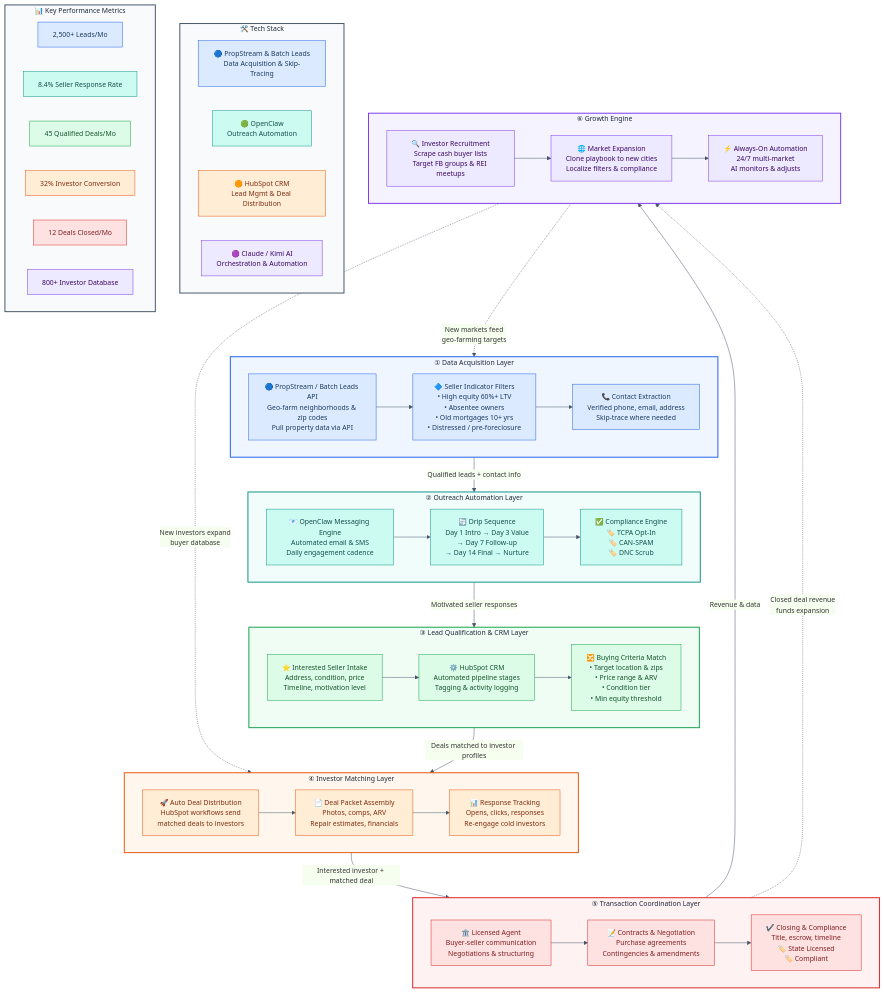
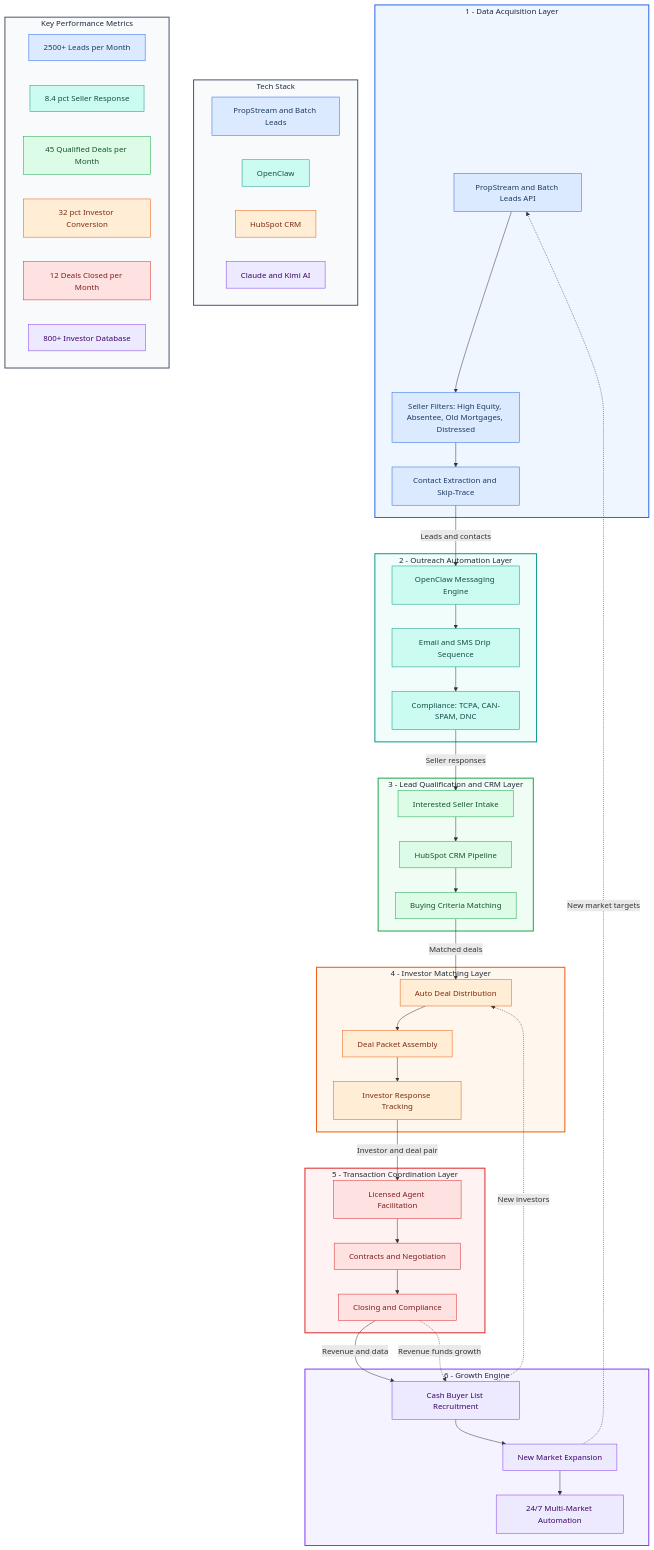
Before and after one commit to owencrabbe/anthropic-claude-code: the diagram in real-estate-automation-diagram.mmd, drawn with Mermaid.

Commit message:
Fix Mermaid diagram for Miro compatibility
Strip all Miro-incompatible syntax: emojis, unicode symbols, \n
newlines in labels, %%{init}%% theme config, direction LR in
subgraphs, and special characters. Labels are now plain text,
single-line, with style directives preserved for color-coding.

https://claude.ai/code/session_01KxKMureyEuBHvto1gvderK

```diff
--- a/real-estate-automation-diagram.mmd
+++ b/real-estate-automation-diagram.mmd
@@ -1,161 +1,107 @@
-%%{init: {'theme': 'base', 'themeVariables': {
-  'primaryColor': '#eff6ff',
-  'primaryBorderColor': '#2563eb',
-  'lineColor': '#475569',
-  'textColor': '#1e293b',
-  'fontSize': '14px'
-}}}%%
-
 graph TD
 
-%% ══════════════════════════════════════════
-%% LAYER 1 — DATA ACQUISITION
-%% ══════════════════════════════════════════
-subgraph L1["① Data Acquisition Layer"]
-  direction LR
-  A1["🔵 PropStream / Batch Leads API\nGeo-farm neighborhoods & zip codes\nPull property data via API"]
-  A2["🔷 Seller Indicator Filters\n• High equity 60%+ LTV\n• Absentee owners\n• Old mortgages 10+ yrs\n• Distressed / pre-foreclosure"]
-  A3["📞 Contact Extraction\nVerified phone, email, address\nSkip-trace where needed"]
+subgraph L1["1 - Data Acquisition Layer"]
+  A1["PropStream and Batch Leads API"]
+  A2["Seller Filters: High Equity, Absentee, Old Mortgages, Distressed"]
+  A3["Contact Extraction and Skip-Trace"]
   A1 --> A2 --> A3
 end
 
-%% ══════════════════════════════════════════
-%% LAYER 2 — OUTREACH AUTOMATION
-%% ══════════════════════════════════════════
-subgraph L2["② Outreach Automation Layer"]
-  direction LR
-  B1["📧 OpenClaw Messaging Engine\nAutomated email & SMS\nDaily engagement cadence"]
-  B2["🔄 Drip Sequence\nDay 1 Intro → Day 3 Value\n→ Day 7 Follow-up\n→ Day 14 Final → Nurture"]
-  B3["✅ Compliance Engine\n🏷️ TCPA Opt-In\n🏷️ CAN-SPAM\n🏷️ DNC Scrub"]
+subgraph L2["2 - Outreach Automation Layer"]
+  B1["OpenClaw Messaging Engine"]
+  B2["Email and SMS Drip Sequence"]
+  B3["Compliance: TCPA, CAN-SPAM, DNC"]
   B1 --> B2 --> B3
 end
 
-%% ══════════════════════════════════════════
-%% LAYER 3 — LEAD QUALIFICATION & CRM
-%% ══════════════════════════════════════════
-subgraph L3["③ Lead Qualification & CRM Layer"]
-  direction LR
-  C1["⭐ Interested Seller Intake\nAddress, condition, price\nTimeline, motivation level"]
-  C2["⚙️ HubSpot CRM\nAutomated pipeline stages\nTagging & activity logging"]
-  C3["🔀 Buying Criteria Match\n• Target location & zips\n• Price range & ARV\n• Condition tier\n• Min equity threshold"]
+subgraph L3["3 - Lead Qualification and CRM Layer"]
+  C1["Interested Seller Intake"]
+  C2["HubSpot CRM Pipeline"]
+  C3["Buying Criteria Matching"]
   C1 --> C2 --> C3
 end
 
-%% ══════════════════════════════════════════
-%% LAYER 4 — INVESTOR MATCHING
-%% ══════════════════════════════════════════
-subgraph L4["④ Investor Matching Layer"]
-  direction LR
-  D1["🚀 Auto Deal Distribution\nHubSpot workflows send\nmatched deals to investors"]
-  D2["📄 Deal Packet Assembly\nPhotos, comps, ARV\nRepair estimates, financials"]
-  D3["📊 Response Tracking\nOpens, clicks, responses\nRe-engage cold investors"]
+subgraph L4["4 - Investor Matching Layer"]
+  D1["Auto Deal Distribution"]
+  D2["Deal Packet Assembly"]
+  D3["Investor Response Tracking"]
   D1 --> D2 --> D3
 end
 
-%% ══════════════════════════════════════════
-%% LAYER 5 — TRANSACTION COORDINATION
-%% ══════════════════════════════════════════
-subgraph L5["⑤ Transaction Coordination Layer"]
-  direction LR
-  E1["🏛️ Licensed Agent\nBuyer-seller communication\nNegotiations & structuring"]
-  E2["📝 Contracts & Negotiation\nPurchase agreements\nContingencies & amendments"]
-  E3["✔️ Closing & Compliance\nTitle, escrow, timeline\n🏷️ State Licensed\n🏷️ Compliant"]
+subgraph L5["5 - Transaction Coordination Layer"]
+  E1["Licensed Agent Facilitation"]
+  E2["Contracts and Negotiation"]
+  E3["Closing and Compliance"]
   E1 --> E2 --> E3
 end
 
-%% ══════════════════════════════════════════
-%% LAYER 6 — GROWTH ENGINE
-%% ══════════════════════════════════════════
-subgraph L6["⑥ Growth Engine"]
-  direction LR
-  F1["🔍 Investor Recruitment\nScrape cash buyer lists\nTarget FB groups & REI meetups"]
-  F2["🌐 Market Expansion\nClone playbook to new cities\nLocalize filters & compliance"]
-  F3["⚡ Always-On Automation\n24/7 multi-market\nAI monitors & adjusts"]
+subgraph L6["6 - Growth Engine"]
+  F1["Cash Buyer List Recruitment"]
+  F2["New Market Expansion"]
+  F3["24/7 Multi-Market Automation"]
   F1 --> F2 --> F3
 end
 
-%% ══════════════════════════════════════════
-%% TECH STACK
-%% ══════════════════════════════════════════
-subgraph TS["🛠️ Tech Stack"]
-  T1["🔵 PropStream & Batch Leads\nData Acquisition & Skip-Tracing"]
-  T2["🟢 OpenClaw\nOutreach Automation"]
-  T3["🟠 HubSpot CRM\nLead Mgmt & Deal Distribution"]
-  T4["🟣 Claude / Kimi AI\nOrchestration & Automation"]
+subgraph TS["Tech Stack"]
+  T1["PropStream and Batch Leads"]
+  T2["OpenClaw"]
+  T3["HubSpot CRM"]
+  T4["Claude and Kimi AI"]
 end
 
-%% ══════════════════════════════════════════
-%% KPI METRICS
-%% ══════════════════════════════════════════
-subgraph KPI["📊 Key Performance Metrics"]
-  K1["2,500+ Leads/Mo"]
-  K2["8.4% Seller Response Rate"]
-  K3["45 Qualified Deals/Mo"]
-  K4["32% Investor Conversion"]
-  K5["12 Deals Closed/Mo"]
+subgraph KPI["Key Performance Metrics"]
+  K1["2500+ Leads per Month"]
+  K2["8.4 pct Seller Response"]
+  K3["45 Qualified Deals per Month"]
+  K4["32 pct Investor Conversion"]
+  K5["12 Deals Closed per Month"]
   K6["800+ Investor Database"]
 end
 
-%% ══════════════════════════════════════════
-%% MAIN PIPELINE FLOW (top to bottom)
-%% ══════════════════════════════════════════
-A3 -->|"Qualified leads + contact info"| B1
-B3 -->|"Motivated seller responses"| C1
-C3 -->|"Deals matched to investor profiles"| D1
-D3 -->|"Interested investor + matched deal"| E1
-E3 -->|"Revenue & data"| F1
+A3 -->|"Leads and contacts"| B1
+B3 -->|"Seller responses"| C1
+C3 -->|"Matched deals"| D1
+D3 -->|"Investor and deal pair"| E1
+E3 -->|"Revenue and data"| F1
 
-%% ══════════════════════════════════════════
-%% FEEDBACK LOOPS
-%% ══════════════════════════════════════════
-F2 -.->|"New markets feed\ngeo-farming targets"| A1
-F1 -.->|"New investors expand\nbuyer database"| D1
-E3 -.->|"Closed deal revenue\nfunds expansion"| F1
+F2 -.->|"New market targets"| A1
+F1 -.->|"New investors"| D1
+E3 -.->|"Revenue funds growth"| F1
 
-%% ══════════════════════════════════════════
-%% STYLES
-%% ══════════════════════════════════════════
 style L1 fill:#eff6ff,stroke:#2563eb,stroke-width:2px,color:#1e293b
 style L2 fill:#f0fdfa,stroke:#0d9488,stroke-width:2px,color:#1e293b
 style L3 fill:#f0fdf4,stroke:#16a34a,stroke-width:2px,color:#1e293b
 style L4 fill:#fff7ed,stroke:#ea580c,stroke-width:2px,color:#1e293b
 style L5 fill:#fef2f2,stroke:#dc2626,stroke-width:2px,color:#1e293b
 style L6 fill:#f5f3ff,stroke:#7c3aed,stroke-width:2px,color:#1e293b
 style TS fill:#f8fafc,stroke:#475569,stroke-width:2px,color:#1e293b
 style KPI fill:#f8fafc,stroke:#475569,stroke-width:2px,color:#1e293b
 
 style A1 fill:#dbeafe,stroke:#2563eb,color:#1e3a5f
 style A2 fill:#dbeafe,stroke:#2563eb,color:#1e3a5f
 style A3 fill:#dbeafe,stroke:#2563eb,color:#1e3a5f
-
 style B1 fill:#ccfbf1,stroke:#0d9488,color:#134e4a
 style B2 fill:#ccfbf1,stroke:#0d9488,color:#134e4a
 style B3 fill:#ccfbf1,stroke:#0d9488,color:#134e4a
-
 style C1 fill:#dcfce7,stroke:#16a34a,color:#14532d
 style C2 fill:#dcfce7,stroke:#16a34a,color:#14532d
 style C3 fill:#dcfce7,stroke:#16a34a,color:#14532d
-
 style D1 fill:#ffedd5,stroke:#ea580c,color:#7c2d12
 style D2 fill:#ffedd5,stroke:#ea580c,color:#7c2d12
 style D3 fill:#ffedd5,stroke:#ea580c,color:#7c2d12
-
 style E1 fill:#fee2e2,stroke:#dc2626,color:#7f1d1d
 style E2 fill:#fee2e2,stroke:#dc2626,color:#7f1d1d
 style E3 fill:#fee2e2,stroke:#dc2626,color:#7f1d1d
-
 style F1 fill:#ede9fe,stroke:#7c3aed,color:#3b0764
 style F2 fill:#ede9fe,stroke:#7c3aed,color:#3b0764
 style F3 fill:#ede9fe,stroke:#7c3aed,color:#3b0764
-
 style T1 fill:#dbeafe,stroke:#2563eb,color:#1e3a5f
 style T2 fill:#ccfbf1,stroke:#0d9488,color:#134e4a
 style T3 fill:#ffedd5,stroke:#ea580c,color:#7c2d12
 style T4 fill:#ede9fe,stroke:#7c3aed,color:#3b0764
-
 style K1 fill:#dbeafe,stroke:#2563eb,color:#1e3a5f
 style K2 fill:#ccfbf1,stroke:#0d9488,color:#134e4a
 style K3 fill:#dcfce7,stroke:#16a34a,color:#14532d
 style K4 fill:#ffedd5,stroke:#ea580c,color:#7c2d12
 style K5 fill:#fee2e2,stroke:#dc2626,color:#7f1d1d
 style K6 fill:#ede9fe,stroke:#7c3aed,color:#3b0764
```
